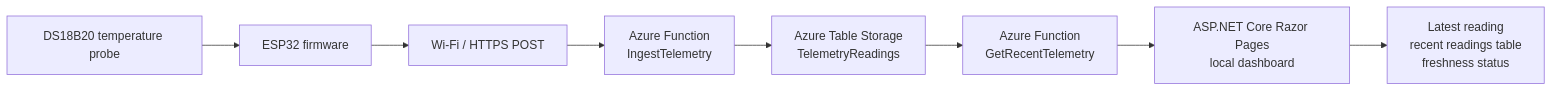
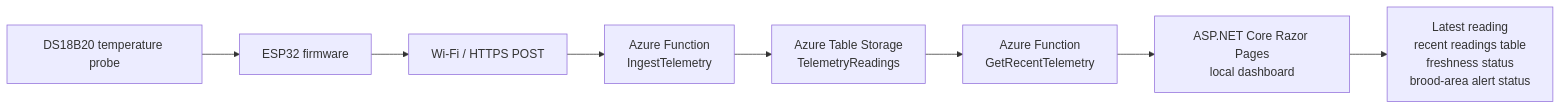
Before and after one commit to sdaly-ie/hivewatch-cloud-iot: the diagram in README.md, drawn with Mermaid. The commit also changed other lines of this file and 1 other file, not shown here.

Commit message:
Update README for dashboard alert status milestone

````diff
--- a/README.md
+++ b/README.md
@@ -89,10 +93,10 @@
 ```mermaid
 flowchart LR
     A[DS18B20 temperature probe] --> B[ESP32 firmware]
     B --> C[Wi-Fi / HTTPS POST]
     C --> D[Azure Function<br/>IngestTelemetry]
     D --> E[Azure Table Storage<br/>TelemetryReadings]
     E --> F[Azure Function<br/>GetRecentTelemetry]
     F --> G[ASP.NET Core Razor Pages<br/>local dashboard]
-    G --> H[Latest reading<br/>recent readings table<br/>freshness status]
+    G --> H[Latest reading<br/>recent readings table<br/>freshness status<br/>brood-area alert status]
 ```
````
